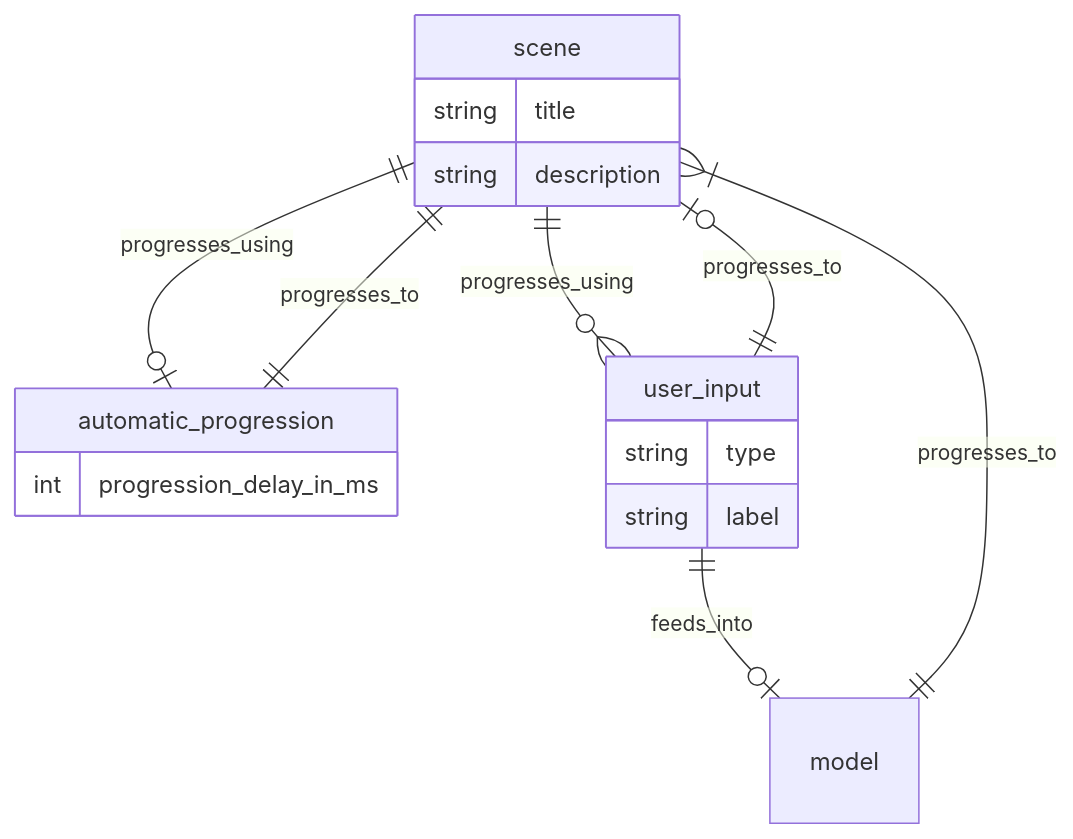
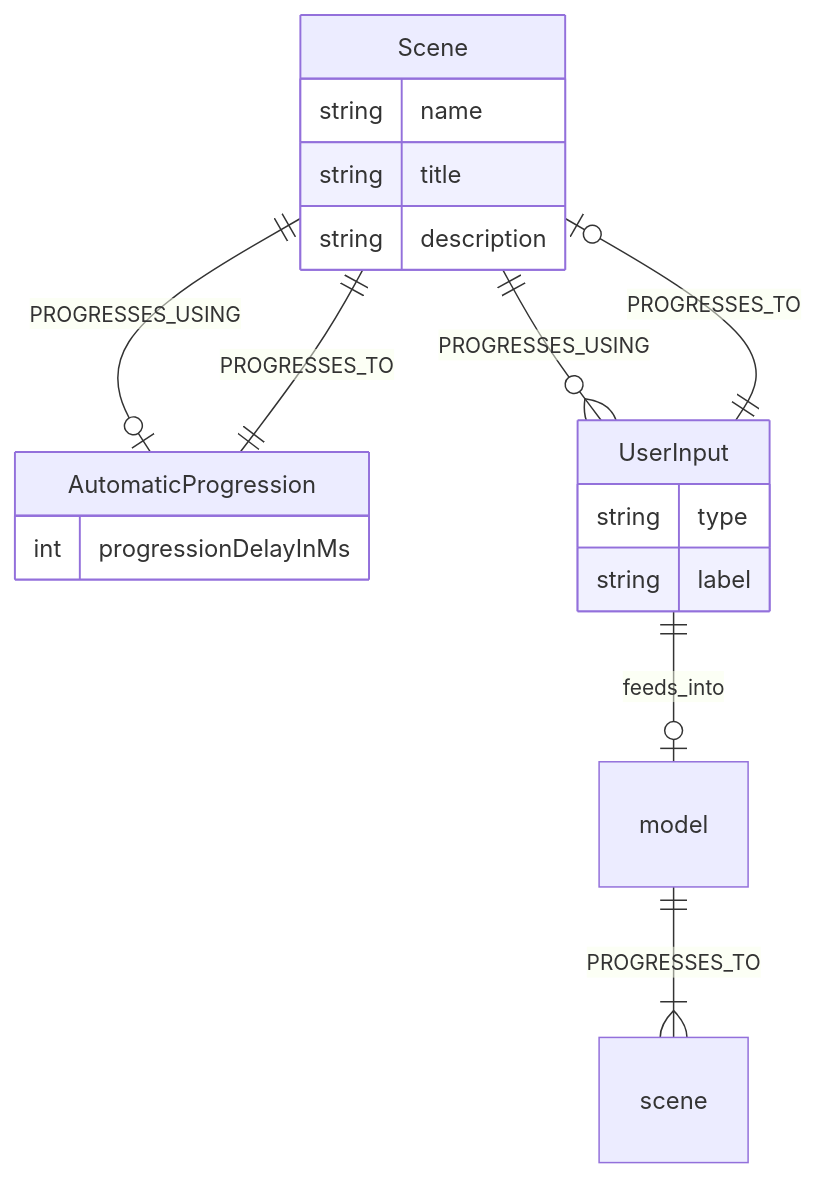
One commit to DenisKent/story-time changed the diagram in README.md. Above: the diagram before and after it, drawn with Mermaid. The commit also changed other lines of this file and 16 other files, not shown here.

Commit message:
feat: added automatic scene progression

````diff
--- a/README.md
+++ b/README.md
@@ -45,25 +51,26 @@
 ```mermaid
 erDiagram
-    scene {
+    Scene {
+        string name
         string title
         string description
     }
-    automatic_progression {
-        int progression_delay_in_ms
+    AutomaticProgression {
+        int progressionDelayInMs
     }
-    user_input {
+    UserInput {
         string type
         string label
     }
     model{
 
     }
 
-    scene ||--o| automatic_progression: progresses_using
-    automatic_progression ||--|| scene: progresses_to
-    scene ||--o{ user_input: progresses_using
-    user_input||--o|scene: progresses_to
+    Scene ||--o| AutomaticProgression: PROGRESSES_USING
+    AutomaticProgression ||--|| Scene: PROGRESSES_TO
+    Scene ||--o{ UserInput: PROGRESSES_USING
+    UserInput||--o|Scene: PROGRESSES_TO
 
-    user_input ||--o| model: feeds_into
-    model ||--|{ scene: progresses_to
+    UserInput ||--o| model: feeds_into
+    model ||--|{ scene: PROGRESSES_TO
 ```
````
